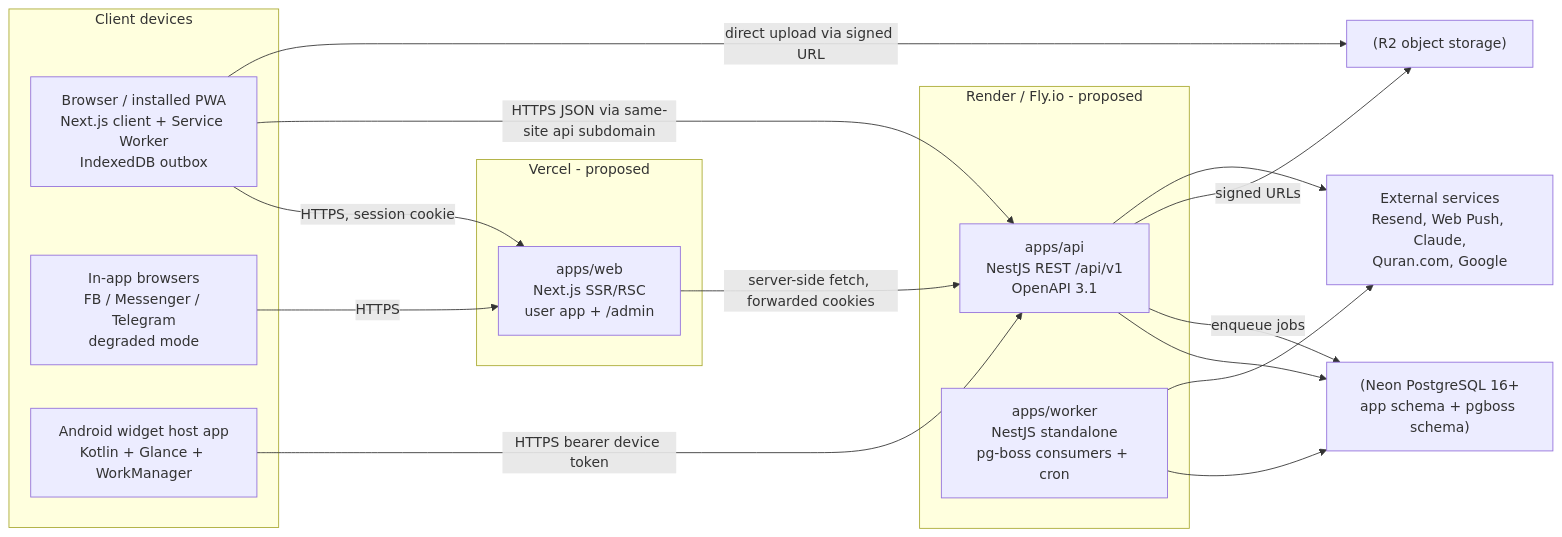
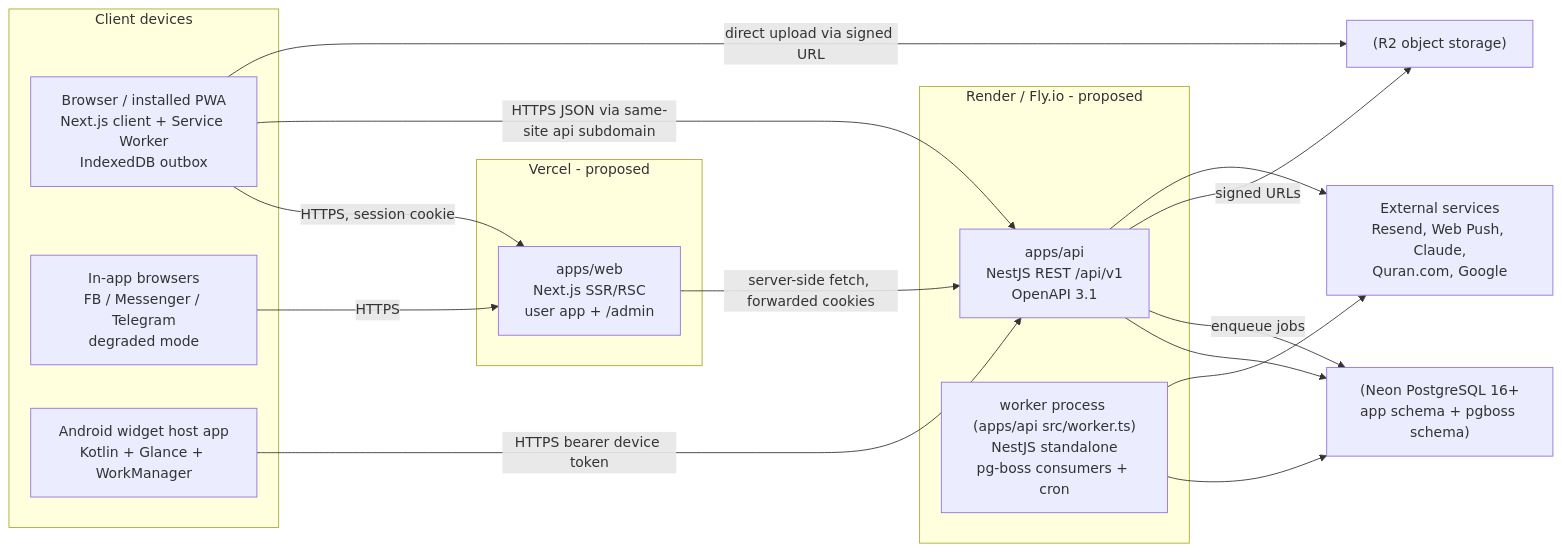
One commit to RuhulAminDSi/daily-good-deeds changed the second of 3 diagrams in docs/architecture/SYSTEM_ARCHITECTURE.md. Above: the diagram before and after it, drawn with Mermaid. The commit also changed other lines of this file and 30 other files, not shown here.

First line of the commit message:
T-P2-PLAT-004: pg-boss background worker

````diff
--- a/docs/architecture/SYSTEM_ARCHITECTURE.md
+++ b/docs/architecture/SYSTEM_ARCHITECTURE.md
@@ -43,34 +43,34 @@
 ```mermaid
 flowchart LR
   subgraph Client devices
     browser[Browser / installed PWA<br/>Next.js client + Service Worker<br/>IndexedDB outbox]
     inapp[In-app browsers<br/>FB / Messenger / Telegram<br/>degraded mode]
     widget[Android widget host app<br/>Kotlin + Glance + WorkManager]
   end
 
   subgraph Edge[Vercel - proposed]
     web[apps/web<br/>Next.js SSR/RSC<br/>user app + /admin]
   end
 
   subgraph Backend[Render / Fly.io - proposed]
     api[apps/api<br/>NestJS REST /api/v1<br/>OpenAPI 3.1]
-    worker[apps/worker<br/>NestJS standalone<br/>pg-boss consumers + cron]
+    worker["worker process (apps/api src/worker.ts)<br/>NestJS standalone<br/>pg-boss consumers + cron"]
   end
 
   db["(Neon PostgreSQL 16+<br/>app schema + pgboss schema)"]
   r2["(R2 object storage)"]
   ext[External services<br/>Resend, Web Push, Claude,<br/>Quran.com, Google]
 
   browser -- HTTPS, session cookie --> web
   browser -- HTTPS JSON via same-site api subdomain --> api
   inapp -- HTTPS --> web
   widget -- HTTPS bearer device token --> api
   web -- server-side fetch, forwarded cookies --> api
   api --> db
   worker --> db
   api -- enqueue jobs --> db
   api -- signed URLs --> r2
   browser -- direct upload via signed URL --> r2
   api --> ext
   worker --> ext
 ```
````
